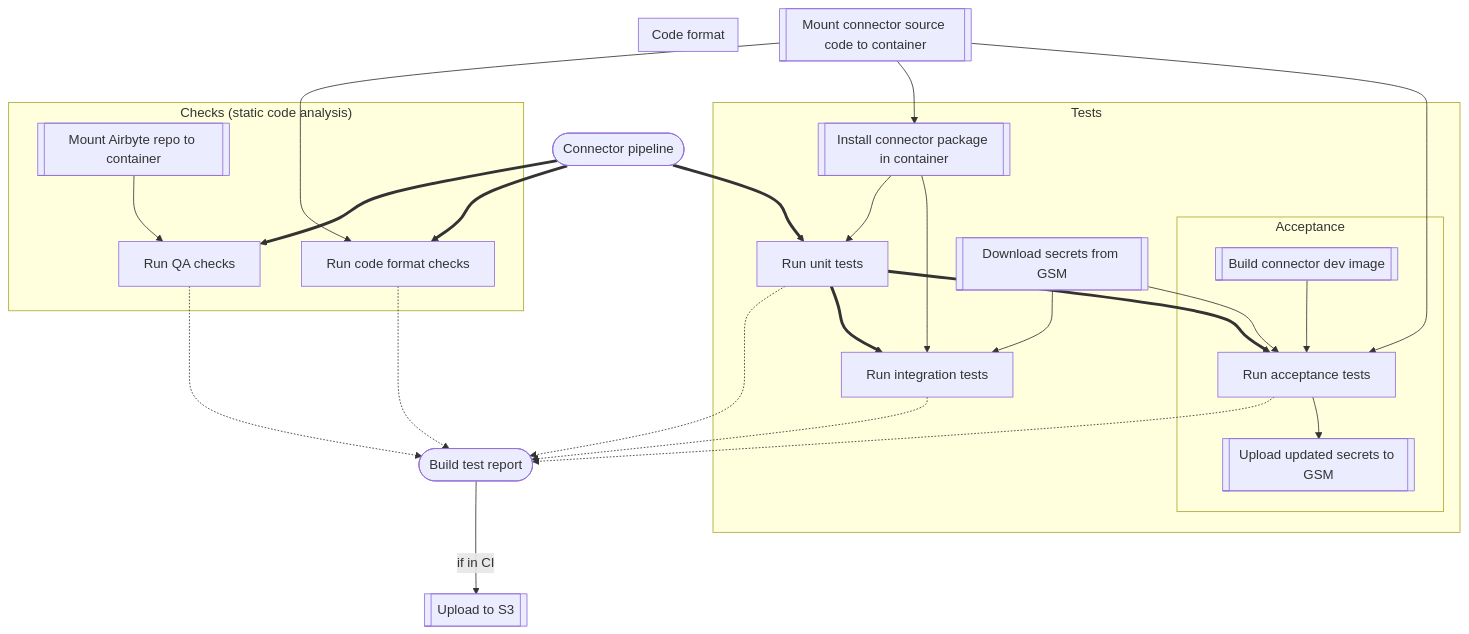
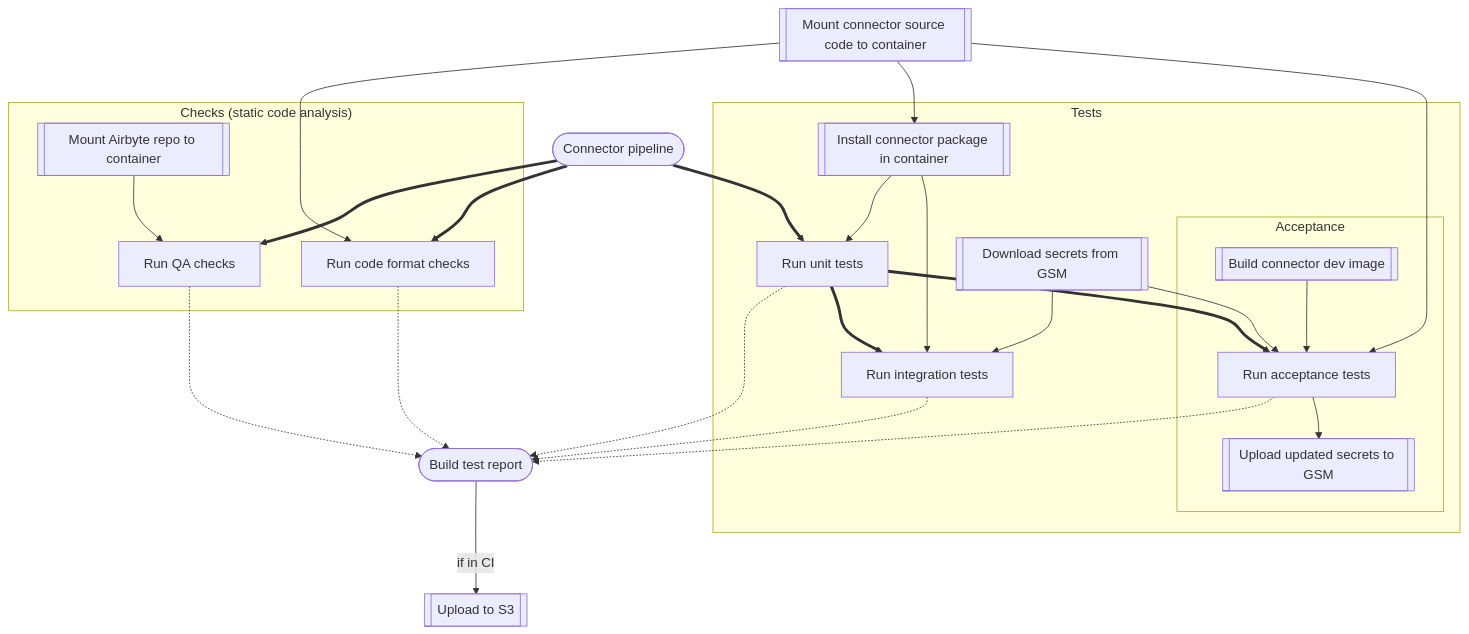
One commit to airbytehq/airbyte changed the diagram in tools/ci_connector_ops/ci_connector_ops/pipelines/README.md. Above: the diagram before and after it, drawn with Mermaid.

Commit message:
fix mermaid dag

````diff
--- a/tools/ci_connector_ops/ci_connector_ops/pipelines/README.md
+++ b/tools/ci_connector_ops/ci_connector_ops/pipelines/README.md
@@ -84,21 +84,18 @@
 ```mermaid
 flowchart TB
     conn([Connector pipeline])==>qa & fmt & tu
     src[[Mount connector source code to container]]-->fmt & pkg & ta
     fmt & tu & ti & ta & qa -.-> r([Build test report])--if in CI-->s3[[Upload to S3]]
     subgraph "Checks (static code analysis)"
         repo[[Mount Airbyte repo to container]]-->qa[Run QA checks]
         fmt[Run code format checks]
     end
     subgraph Tests
         tu[Run unit tests]==>ti[Run integration tests] & ta[Run acceptance tests]
         pkg[[Install connector package in container]]-->tu & ti
         dsec[[Download secrets from GSM]] --> ti & ta
         subgraph Acceptance
             bld[[Build connector dev image]]-->ta-->upsec[[Upload updated secrets to GSM]]
         end
     end
-    subgraph Code format
-        fmt[Run code format checks]
-    end
 ```
````
